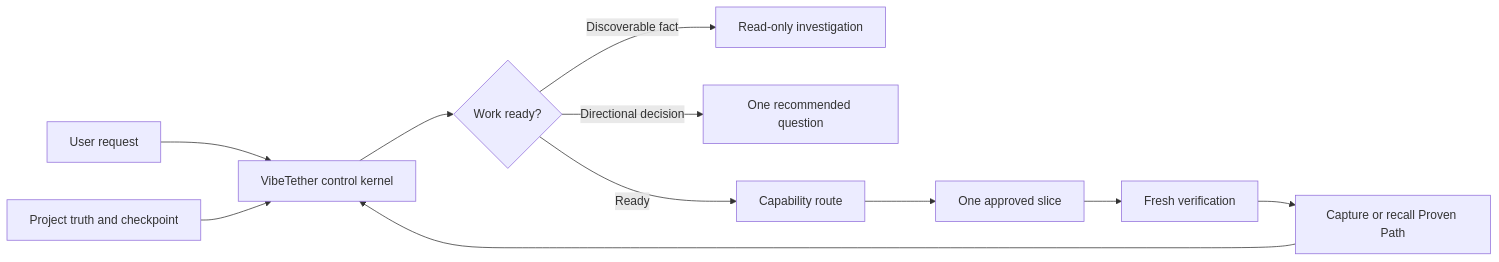
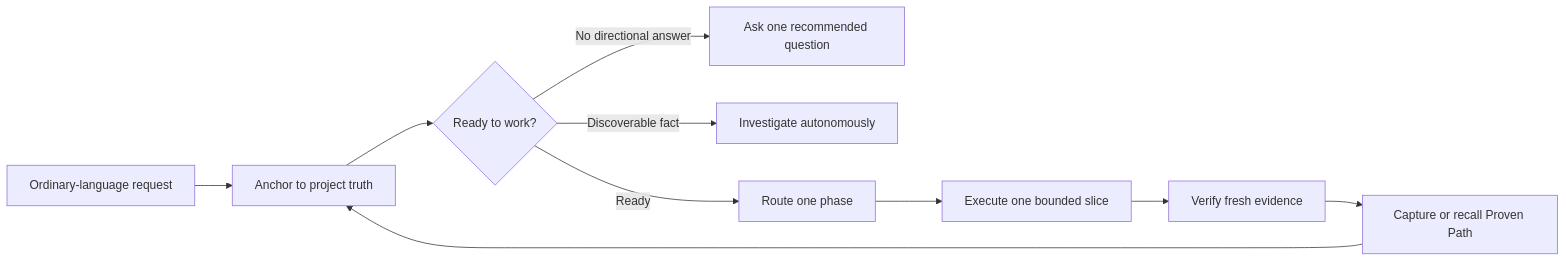
The diagram in README.md (t01089572455/vibetether), drawn with Mermaid before and after one commit. The commit also changed other lines of this file and 8 other files, not shown here.

````diff
--- a/README.md
+++ b/README.md
@@ -29,13 +88,12 @@
 ```mermaid
 flowchart LR
-    U["User request"] --> K["VibeTether control kernel"]
-    T["Project truth and checkpoint"] --> K
-    K --> W{"Work ready?"}
-    W -->|"Discoverable fact"| F["Read-only investigation"]
-    W -->|"Directional decision"| Q["One recommended question"]
-    W -->|"Ready"| R["Capability route"]
-    R --> E["One approved slice"]
-    E --> V["Fresh verification"]
-    V --> C["Capture or recall Proven Path"]
-    C --> K
+    U["Ordinary-language request"] --> A["Anchor to project truth"]
+    A --> G{"Ready to work?"}
+    G -->|"No directional answer"| Q["Ask one recommended question"]
+    G -->|"Discoverable fact"| I["Investigate autonomously"]
+    G -->|"Ready"| R["Route one phase"]
+    R --> S["Execute one bounded slice"]
+    S --> V["Verify fresh evidence"]
+    V --> P["Capture or recall Proven Path"]
+    P --> A
 ```
````
